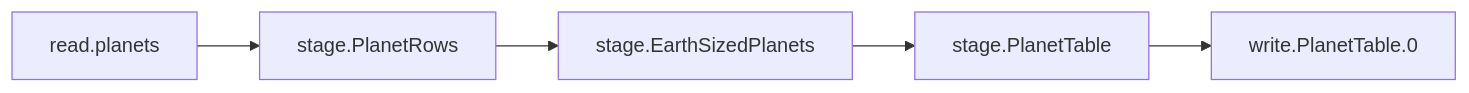
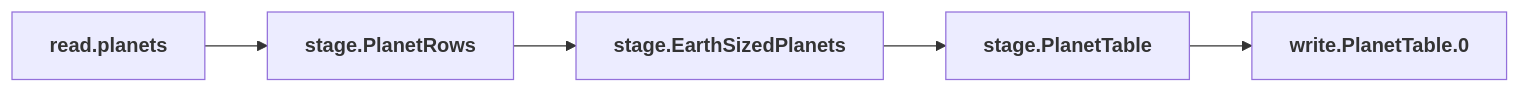
The second of 6 diagrams in docs/execution/compilation.md (FAST-HEP/fasthep-flow), drawn with Mermaid before and after one commit. The commit also changed other lines of this file and 7 other files, not shown here.

````diff
--- a/docs/execution/compilation.md
+++ b/docs/execution/compilation.md
@@ -130,10 +141,10 @@
 ```{mermaid}
 flowchart LR
-    Source["read.planets"]
-    Explode["stage.PlanetRows"]
-    Filter["stage.EarthSizedPlanets"]
-    Project["stage.PlanetTable"]
-    Write["write.PlanetTable.0"]
+    Source["<b>read.planets</b>"]:::source
+    Explode["<b>stage.PlanetRows</b>"]:::transform
+    Filter["<b>stage.EarthSizedPlanets</b>"]:::transform
+    Project["<b>stage.PlanetTable</b>"]:::transform
+    Write["<b>write.PlanetTable.0</b>"]:::sink
 
     Source --> Explode --> Filter --> Project --> Write
 ```
````
